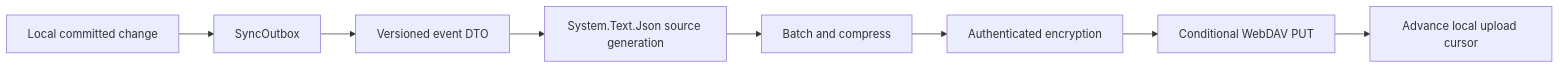
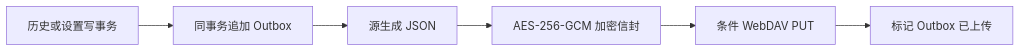
Before and after one commit to wuliangtdi/SnapBoard: the diagram in docs/SYNC_PROTOCOL.md, drawn with Mermaid. The commit also changed other lines of this file and 130 other files, not shown here.

````diff
--- a/docs/SYNC_PROTOCOL.md
+++ b/docs/SYNC_PROTOCOL.md
@@ -47,10 +47,8 @@
 ```mermaid
 flowchart LR
-    Change["Local committed change"] --> Outbox["SyncOutbox"]
-    Outbox --> Event["Versioned event DTO"]
-    Event --> Json["System.Text.Json source generation"]
-    Json --> Batch["Batch and compress"]
-    Batch --> Encrypt["Authenticated encryption"]
-    Encrypt --> Put["Conditional WebDAV PUT"]
-    Put --> Ack["Advance local upload cursor"]
+    Change["历史或设置写事务"] --> Outbox["同事务追加 Outbox"]
+    Outbox --> Json["源生成 JSON"]
+    Json --> Encrypt["AES-256-GCM 加密信封"]
+    Encrypt --> Put["条件 WebDAV PUT"]
+    Put --> Ack["标记 Outbox 已上传"]
 ```
````
